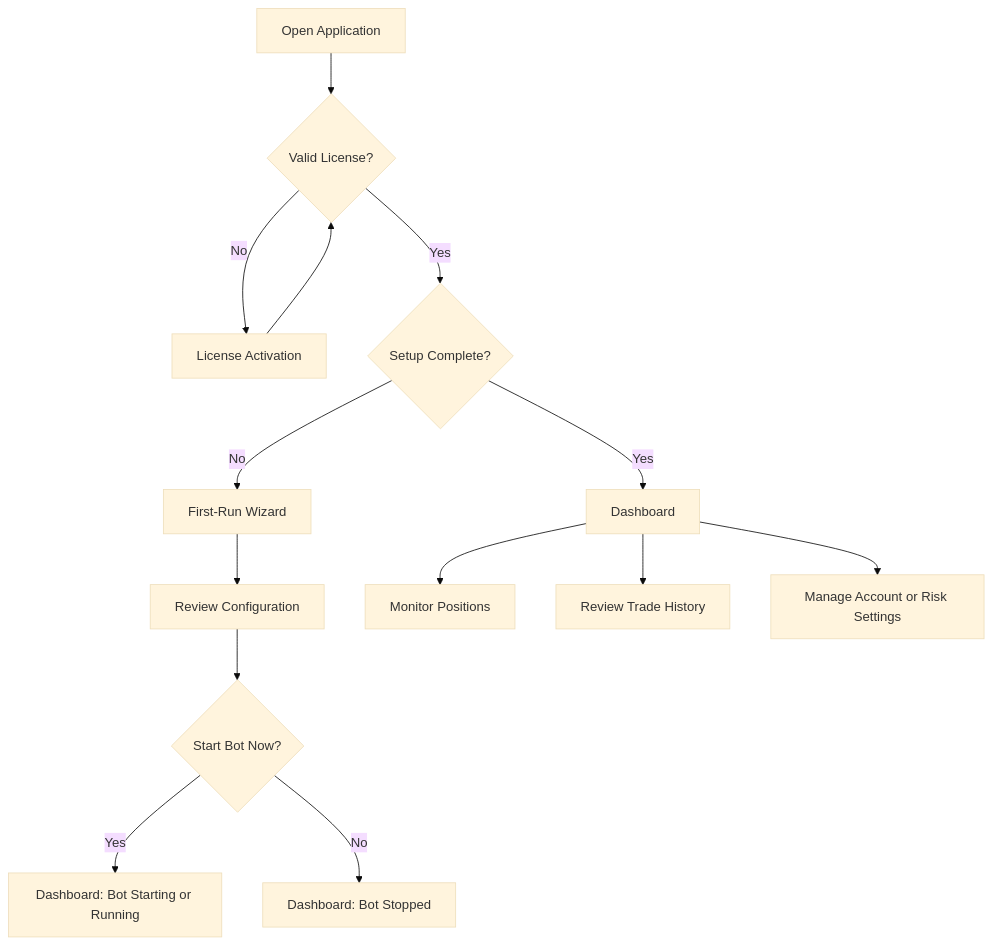
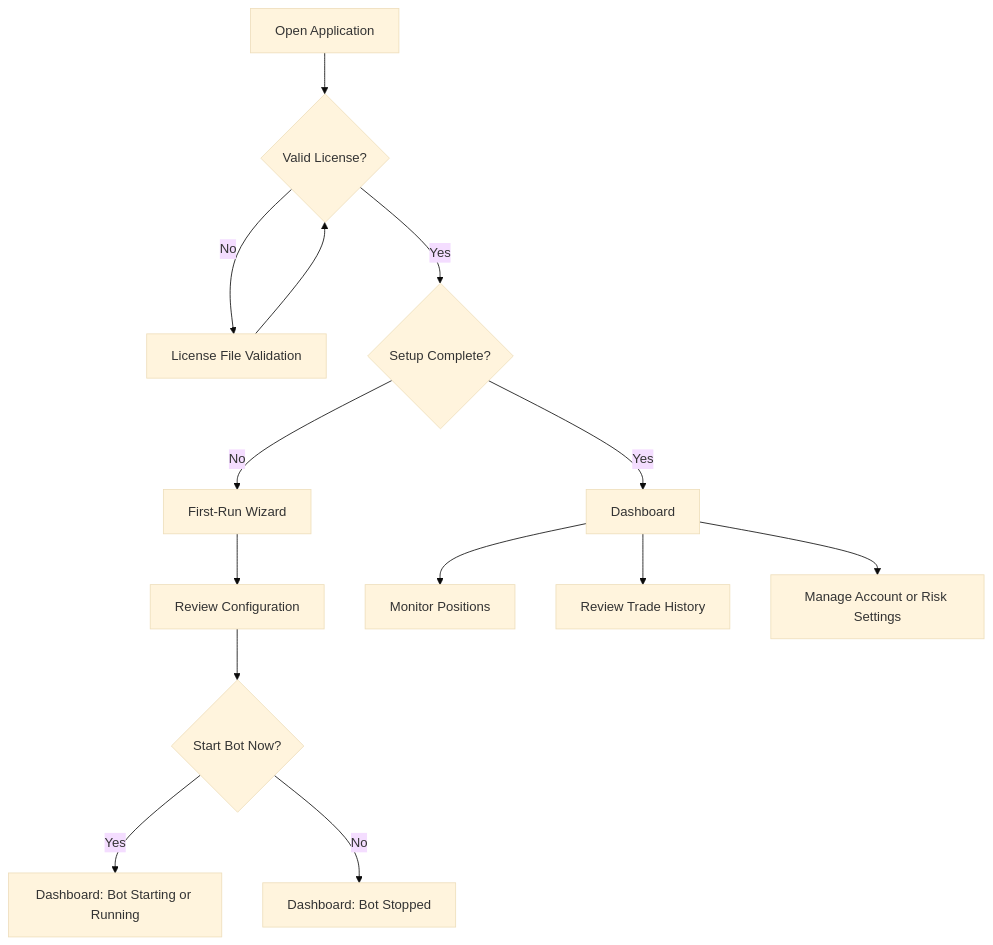
One commit to yukasung/tiewtrade changed the first of 25 diagrams in docs/user-flow.md. Above: the diagram before and after it, drawn with Mermaid (base theme). The commit also changed other lines of this file and 5 other files, not shown here.

Commit message:
Align architecture documentation decisions

````diff
--- a/docs/user-flow.md
+++ b/docs/user-flow.md
@@ -88,16 +88,16 @@
 ```mermaid
 flowchart TD
     A["Open Application"] --> B{"Valid License?"}
-    B -- "No" --> C["License Activation"]
+    B -- "No" --> C["License File Validation"]
     C --> B
     B -- "Yes" --> D{"Setup Complete?"}
     D -- "No" --> E["First-Run Wizard"]
     E --> F["Review Configuration"]
     F --> G{"Start Bot Now?"}
     G -- "Yes" --> H["Dashboard: Bot Starting or Running"]
     G -- "No" --> I["Dashboard: Bot Stopped"]
     D -- "Yes" --> J["Dashboard"]
     J --> K["Monitor Positions"]
     J --> L["Review Trade History"]
     J --> M["Manage Account or Risk Settings"]
 ```
````
